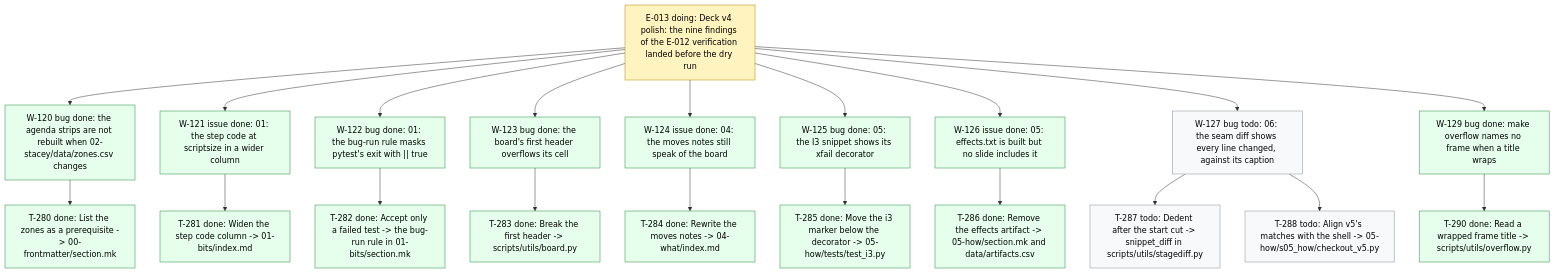
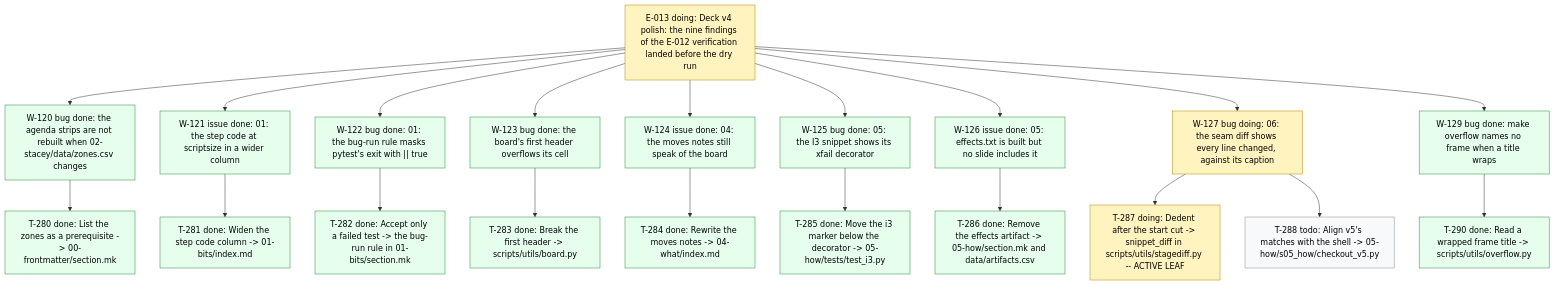
Before and after one commit to dpopchev/chaos-to-simple: the diagram in .board/BOARD.md, drawn with Mermaid. The commit also changed other lines of this file and 2 other files, not shown here.

Commit message:
chore(board): activate W-127, start T-287
Refs: W-127 T-287

````diff
--- a/.board/BOARD.md
+++ b/.board/BOARD.md
@@ -729,31 +729,31 @@
 ```mermaid
 flowchart TD
   E013["E-013 doing: Deck v4 polish: the nine findings of the E-012 verification landed before the dry run"]
   E013 --> W120["W-120 bug done: the agenda strips are not rebuilt when 02-stacey/data/zones.csv changes"]
   W120 --> T280["T-280 done: List the zones as a prerequisite -> 00-frontmatter/section.mk"]
   E013 --> W121["W-121 issue done: 01: the step code at scriptsize in a wider column"]
   W121 --> T281["T-281 done: Widen the step code column -> 01-bits/index.md"]
   E013 --> W122["W-122 bug done: 01: the bug-run rule masks pytest's exit with || true"]
   W122 --> T282["T-282 done: Accept only a failed test -> the bug-run rule in 01-bits/section.mk"]
   E013 --> W123["W-123 bug done: the board's first header overflows its cell"]
   W123 --> T283["T-283 done: Break the first header -> scripts/utils/board.py"]
   E013 --> W124["W-124 issue done: 04: the moves notes still speak of the board"]
   W124 --> T284["T-284 done: Rewrite the moves notes -> 04-what/index.md"]
   E013 --> W125["W-125 bug done: 05: the I3 snippet shows its xfail decorator"]
   W125 --> T285["T-285 done: Move the i3 marker below the decorator -> 05-how/tests/test_i3.py"]
   E013 --> W126["W-126 issue done: 05: effects.txt is built but no slide includes it"]
   W126 --> T286["T-286 done: Remove the effects artifact -> 05-how/section.mk and data/artifacts.csv"]
-  E013 --> W127["W-127 bug todo: 06: the seam diff shows every line changed, against its caption"]
-  W127 --> T287["T-287 todo: Dedent after the start cut -> snippet_diff in scripts/utils/stagediff.py"]
+  E013 --> W127["W-127 bug doing: 06: the seam diff shows every line changed, against its caption"]
+  W127 --> T287["T-287 doing: Dedent after the start cut -> snippet_diff in scripts/utils/stagediff.py -- ACTIVE LEAF"]
   W127 --> T288["T-288 todo: Align v5's matches with the shell -> 05-how/s05_how/checkout_v5.py"]
   E013 --> W129["W-129 bug done: make overflow names no frame when a title wraps"]
   W129 --> T290["T-290 done: Read a wrapped frame title -> scripts/utils/overflow.py"]
   classDef doing fill:#fff3bf,stroke:#b58900,color:#000;
   classDef blocked fill:#ffe3e3,stroke:#c92a2a,color:#000;
   classDef done fill:#e6ffed,stroke:#2b8a3e,color:#000;
   classDef todo fill:#f8f9fa,stroke:#868e96,color:#000;
   classDef pruned fill:#f1f3f5,stroke:#adb5bd,color:#000;
-  class E013 doing
+  class E013,W127,T287 doing
   class W120,T280,W121,T281,W122,T282,W123,T283,W124,T284,W125,T285,W126,T286,W129,T290 done
-  class W127,T287,T288 todo
+  class T288 todo
 ```
````
